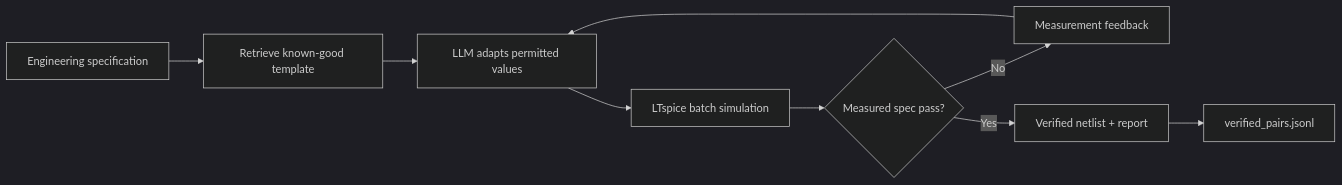
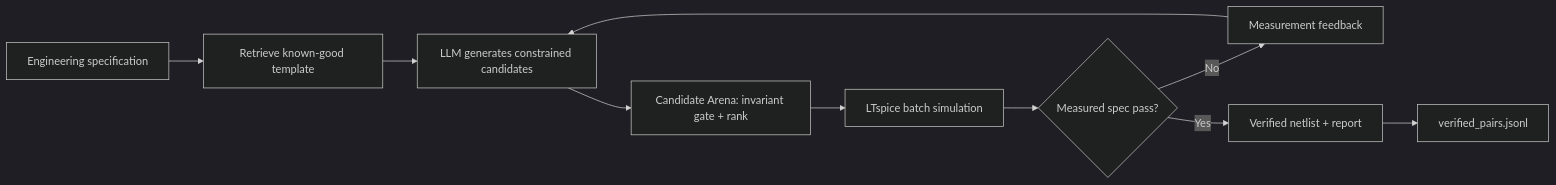
One commit to Aakash356A/Spice_Wizard changed the diagram in README.md. Above: the diagram before and after it, drawn with Mermaid (dark theme). The commit also changed other lines of this file and 17 other files, not shown here.

````diff
--- a/README.md
+++ b/README.md
@@ -9,11 +9,12 @@
 ```mermaid
 flowchart LR
     A[Engineering specification] --> B[Retrieve known-good template]
-    B --> C[LLM adapts permitted values]
-    C --> D[LTspice batch simulation]
-    D --> E{Measured spec pass?}
-    E -- No --> F[Measurement feedback]
-    F --> C
-    E -- Yes --> G[Verified netlist + report]
-    G --> H[verified_pairs.jsonl]
+  B --> C[LLM generates constrained candidates]
+  C --> D[Candidate Arena: invariant gate + rank]
+  D --> E[LTspice batch simulation]
+  E --> F{Measured spec pass?}
+  F -- No --> G[Measurement feedback]
+  G --> C
+  F -- Yes --> H[Verified netlist + report]
+  H --> I[verified_pairs.jsonl]
 ```
````
